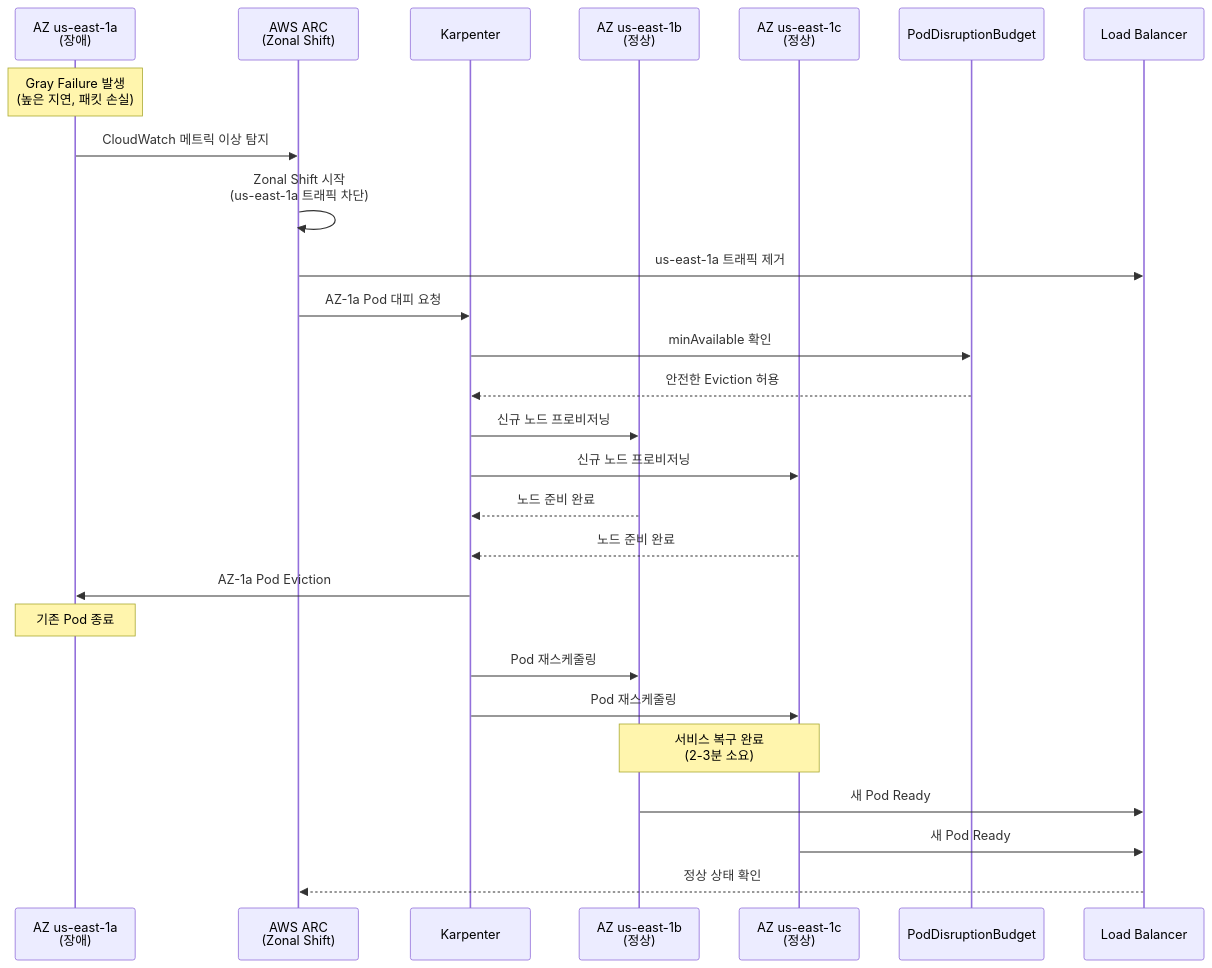
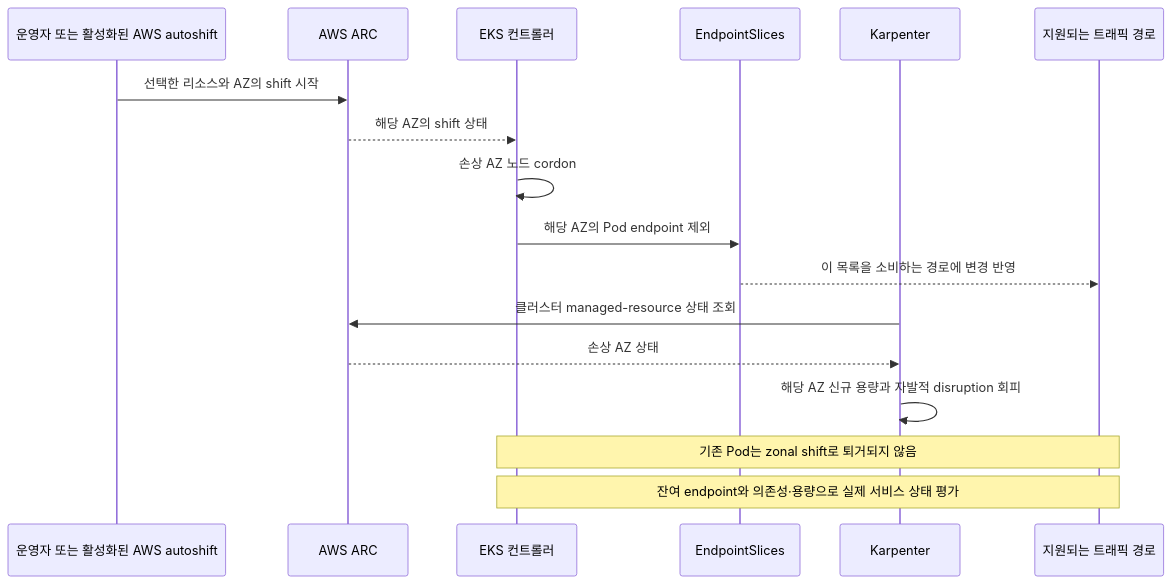
One commit to devfloor9/engineering-playbook changed the ninth of 12 diagrams in docs/eks-best-practices/operations-reliability/eks-pod-scheduling-availability.md. Above: the diagram before and after it, drawn with Mermaid. The commit also changed other lines of this file and 3 other files, not shown here.

````diff
--- a/docs/eks-best-practices/operations-reliability/eks-pod-scheduling-availability.md
+++ b/docs/eks-best-practices/operations-reliability/eks-pod-scheduling-availability.md
@@ -4249,38 +4259,20 @@
 ```mermaid
 sequenceDiagram
-    participant AZ1 as AZ us-east-1a<br/>(장애)
-    participant ARC as AWS ARC<br/>(Zonal Shift)
+    participant Trigger as 운영자 또는 활성화된 AWS autoshift
+    participant ARC as AWS ARC
+    participant EKS as EKS 컨트롤러
+    participant Endpoints as EndpointSlices
     participant Karpenter
-    participant AZ2 as AZ us-east-1b<br/>(정상)
-    participant AZ3 as AZ us-east-1c<br/>(정상)
-    participant PDB as PodDisruptionBudget
-    participant LB as Load Balancer
+    participant Clients as 지원되는 트래픽 경로
 
-    Note over AZ1: Gray Failure 발생<br/>(높은 지연, 패킷 손실)
-
-    AZ1->>ARC: CloudWatch 메트릭 이상 탐지
-    ARC->>ARC: Zonal Shift 시작<br/>(us-east-1a 트래픽 차단)
-    ARC->>LB: us-east-1a 트래픽 제거
-
-    ARC->>Karpenter: AZ-1a Pod 대피 요청
-    Karpenter->>PDB: minAvailable 확인
-    PDB-->>Karpenter: 안전한 Eviction 허용
-
-    Karpenter->>AZ2: 신규 노드 프로비저닝
-    Karpenter->>AZ3: 신규 노드 프로비저닝
-
-    AZ2-->>Karpenter: 노드 준비 완료
-    AZ3-->>Karpenter: 노드 준비 완료
-
-    Karpenter->>AZ1: AZ-1a Pod Eviction
-    Note over AZ1: 기존 Pod 종료
-
-    Karpenter->>AZ2: Pod 재스케줄링
-    Karpenter->>AZ3: Pod 재스케줄링
-
-    Note over AZ2,AZ3: 서비스 복구 완료<br/>(2-3분 소요)
-
-    AZ2->>LB: 새 Pod Ready
-    AZ3->>LB: 새 Pod Ready
-    LB-->>ARC: 정상 상태 확인
+    Trigger->>ARC: 선택한 리소스와 AZ의 shift 시작
+    ARC-->>EKS: 해당 AZ의 shift 상태
+    EKS->>EKS: 손상 AZ 노드 cordon
+    EKS->>Endpoints: 해당 AZ의 Pod endpoint 제외
+    Endpoints-->>Clients: 이 목록을 소비하는 경로에 변경 반영
+    Karpenter->>ARC: 클러스터 managed-resource 상태 조회
+    ARC-->>Karpenter: 손상 AZ 상태
+    Karpenter->>Karpenter: 해당 AZ 신규 용량과 자발적 disruption 회피
+    Note over EKS,Clients: 기존 Pod는 zonal shift로 퇴거되지 않음
+    Note over EKS,Clients: 잔여 endpoint와 의존성·용량으로 실제 서비스 상태 평가
 ```
````
